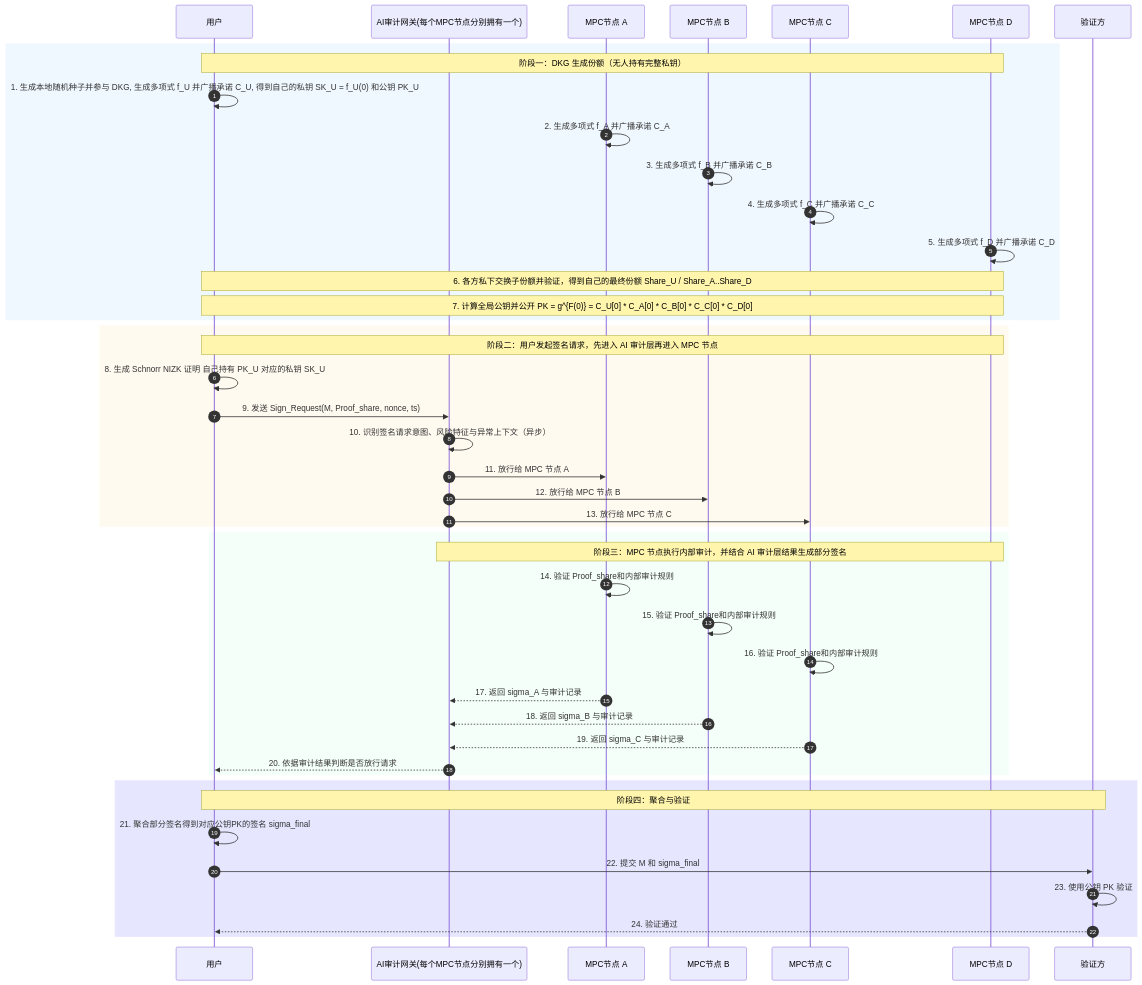
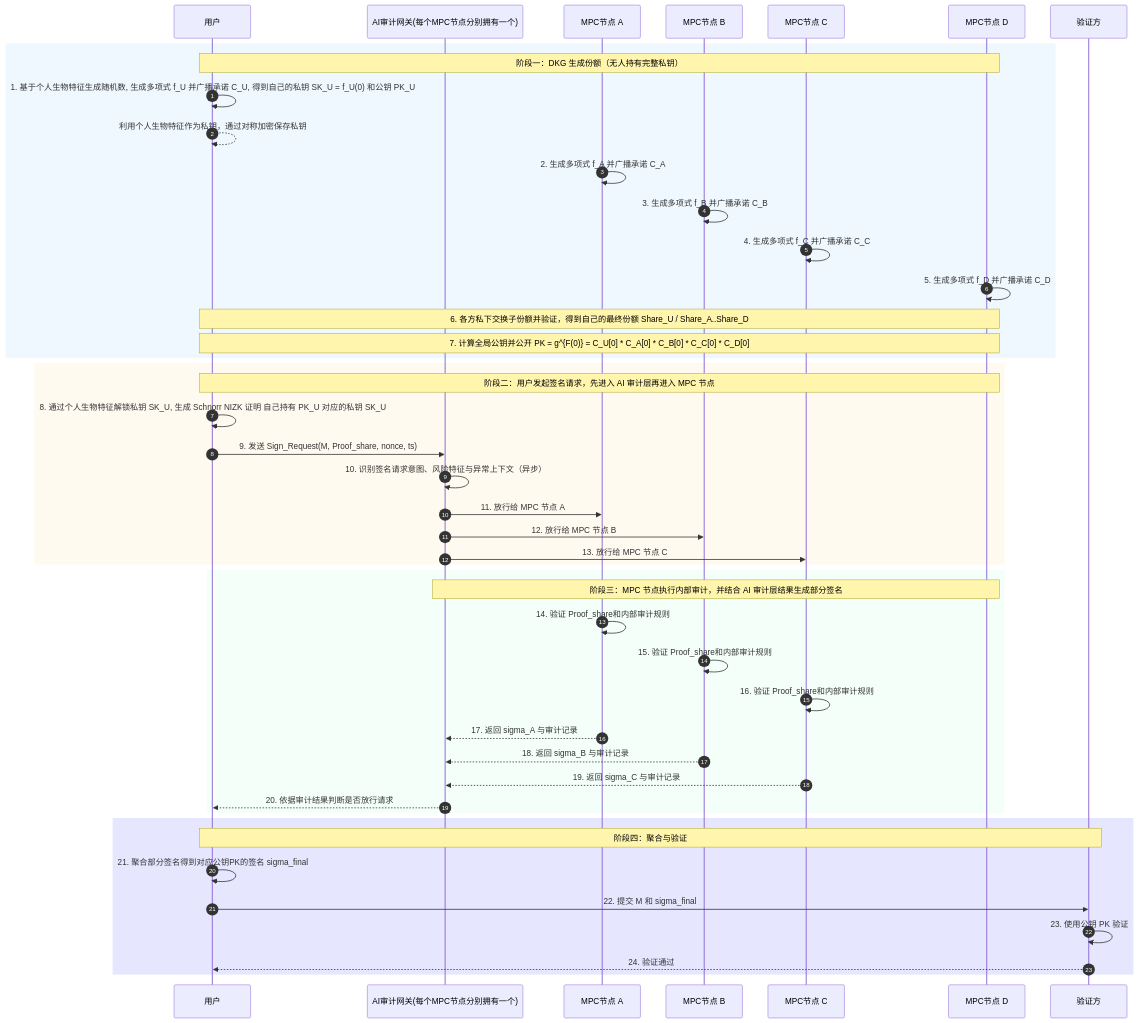
The diagram in README.md (klizz111/avis), drawn with Mermaid before and after one commit. The commit also changed other lines of this file and 3 other files, not shown here.

````diff
--- a/README.md
+++ b/README.md
@@ -20,51 +20,52 @@
 ```mermaid
 sequenceDiagram
     autonumber
     participant User as 用户
     participant AIAudit as AI审计网关(每个MPC节点分别拥有一个)
     participant NodeA as MPC节点 A
     participant NodeB as MPC节点 B
     participant NodeC as MPC节点 C
     participant NodeD as MPC节点 D
     participant Verifier as 验证方
 
     rect rgb(240, 248, 255)
         note over User,NodeD: 阶段一：DKG 生成份额（无人持有完整私钥）
-        User->>User: 1. 生成本地随机种子并参与 DKG, 生成多项式 f_U 并广播承诺 C_U, 得到自己的私钥 SK_U = f_U(0) 和公钥 PK_U
+        User->>User: 1. 基于个人生物特征生成随机数, 生成多项式 f_U 并广播承诺 C_U, 得到自己的私钥 SK_U = f_U(0) 和公钥 PK_U
+        User-->>User: 利用个人生物特征作为私钥，通过对称加密保存私钥
         NodeA->>NodeA: 2. 生成多项式 f_A 并广播承诺 C_A
         NodeB->>NodeB: 3. 生成多项式 f_B 并广播承诺 C_B
         NodeC->>NodeC: 4. 生成多项式 f_C 并广播承诺 C_C
         NodeD->>NodeD: 5. 生成多项式 f_D 并广播承诺 C_D
         Note over User,NodeD: 6. 各方私下交换子份额并验证，得到自己的最终份额 Share_U / Share_A..Share_D
         Note over User, NodeD: 7. 计算全局公钥并公开 PK = g^{F(0)} = C_U[0] * C_A[0] * C_B[0] * C_C[0] * C_D[0]
     end
 
     rect rgb(255, 250, 240)
         note over User,NodeD: 阶段二：用户发起签名请求，先进入 AI 审计层再进入 MPC 节点
-        User->>User: 8. 生成 Schnorr NIZK 证明 自己持有 PK_U 对应的私钥 SK_U
+        User->>User: 8. 通过个人生物特征解锁私钥 SK_U, 生成 Schnorr NIZK 证明 自己持有 PK_U 对应的私钥 SK_U
         User->>AIAudit: 9. 发送 Sign_Request(M, Proof_share, nonce, ts)
         AIAudit->>AIAudit: 10. 识别签名请求意图、风险特征与异常上下文（异步）
         AIAudit->>NodeA: 11. 放行给 MPC 节点 A
         AIAudit->>NodeB: 12. 放行给 MPC 节点 B
         AIAudit->>NodeC: 13. 放行给 MPC 节点 C
     end
 
     rect rgb(245, 255, 250)
         note over AIAudit,NodeD: 阶段三：MPC 节点执行内部审计，并结合 AI 审计层结果生成部分签名
         NodeA->>NodeA: 14. 验证 Proof_share和内部审计规则
         NodeB->>NodeB: 15. 验证 Proof_share和内部审计规则
         NodeC->>NodeC: 16. 验证 Proof_share和内部审计规则
         NodeA-->>AIAudit: 17. 返回 sigma_A 与审计记录
         NodeB-->>AIAudit: 18. 返回 sigma_B 与审计记录
         NodeC-->>AIAudit: 19. 返回 sigma_C 与审计记录
         AIAudit-->>User: 20. 依据审计结果判断是否放行请求
     end
 
     rect rgb(230, 230, 255)
         note over User,Verifier: 阶段四：聚合与验证
         User->>User: 21. 聚合部分签名得到对应公钥PK的签名 sigma_final
         User->>Verifier: 22. 提交 M 和 sigma_final
         Verifier->>Verifier: 23. 使用公钥 PK 验证
         Verifier-->>User: 24. 验证通过
     end
 ```
````
